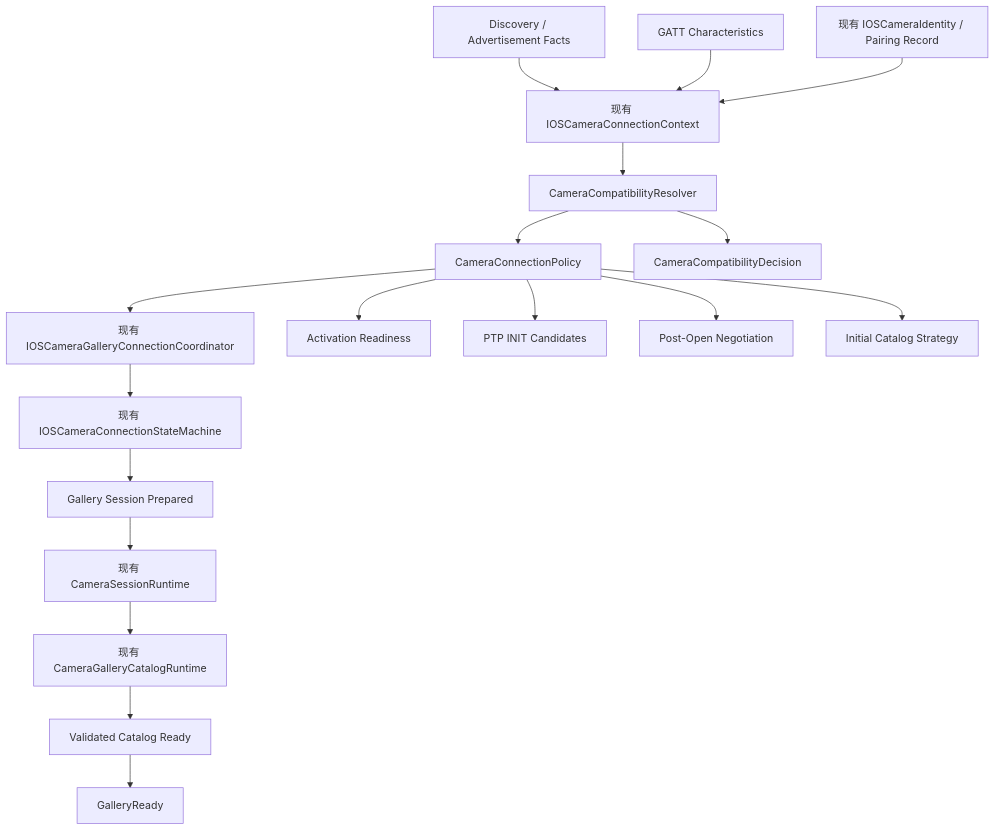
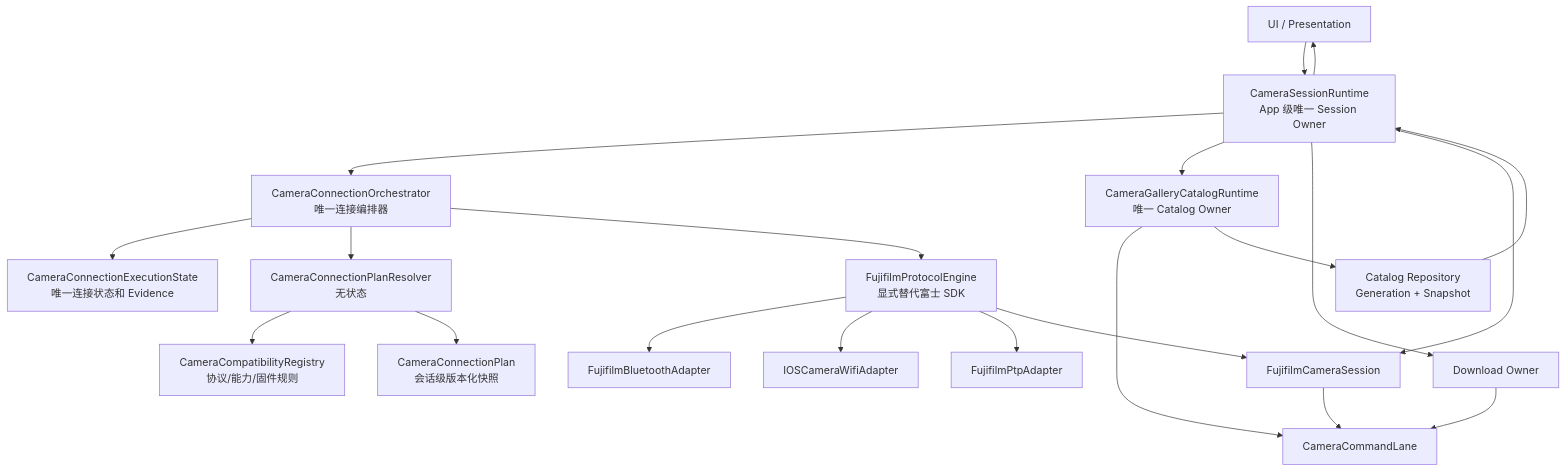
One commit to popo-wowo/camTransfer changed the second of 4 diagrams in docs/superpowers/specs/2026-08-06-ios-xapp-multimodel-compatibility-architecture-design.md. Above: the diagram before and after it, drawn with Mermaid. The commit also changed other lines of this file, not shown here.

Commit message:
docs: finalize iOS multimodel compatibility architecture

```diff
--- a/docs/superpowers/specs/2026-08-06-ios-xapp-multimodel-compatibility-architecture-design.md
+++ b/docs/superpowers/specs/2026-08-06-ios-xapp-multimodel-compatibility-architecture-design.md
@@ -224,24 +305,28 @@
 ~~~mermaid
 flowchart TD
-    Discovery["Discovery / Advertisement Facts"] --> Context["现有 IOSCameraConnectionContext"]
-    GATT["GATT Characteristics"] --> Context
-    Identity["现有 IOSCameraIdentity / Pairing Record"] --> Context
+    UI["UI / Presentation"] --> Runtime["CameraSessionRuntime<br/>App 级唯一 Session Owner"]
 
-    Context --> Resolver["CameraCompatibilityResolver"]
-    Resolver --> Policy["CameraConnectionPolicy"]
-    Resolver --> Trace["CameraCompatibilityDecision"]
+    Runtime --> Orchestrator["CameraConnectionOrchestrator<br/>唯一连接编排器"]
+    Runtime --> Catalog["CameraGalleryCatalogRuntime<br/>唯一 Catalog Owner"]
+    Runtime --> Download["Download Owner"]
 
-    Policy --> Coordinator["现有 IOSCameraGalleryConnectionCoordinator"]
-    Coordinator --> StateMachine["现有 IOSCameraConnectionStateMachine"]
+    Orchestrator --> ExecState["CameraConnectionExecutionState<br/>唯一连接状态和 Evidence"]
+    Orchestrator --> Resolver["CameraConnectionPlanResolver<br/>无状态"]
+    Resolver --> Registry["CameraCompatibilityRegistry<br/>协议/能力/固件规则"]
+    Resolver --> Plan["CameraConnectionPlan<br/>会话级版本化快照"]
 
-    Policy --> Activation["Activation Readiness"]
-    Policy --> Init["PTP INIT Candidates"]
-    Policy --> Negotiation["Post-Open Negotiation"]
-    Policy --> CatalogStrategy["Initial Catalog Strategy"]
+    Orchestrator --> Engine["FujifilmProtocolEngine<br/>显式替代富士 SDK"]
+    Engine --> BLE["FujifilmBluetoothAdapter"]
+    Engine --> WiFi["IOSCameraWifiAdapter"]
+    Engine --> PTP["FujifilmPtpAdapter"]
 
-    StateMachine --> Prepared["Gallery Session Prepared"]
-    Prepared --> Runtime["现有 CameraSessionRuntime"]
-    Runtime --> Catalog["现有 CameraGalleryCatalogRuntime"]
-    Catalog --> Ready["Validated Catalog Ready"]
-    Ready --> GalleryReady["GalleryReady"]
+    Engine --> Session["FujifilmCameraSession"]
+    Runtime --> Session
+    Session --> Lane["CameraCommandLane"]
+
+    Catalog --> Lane
+    Download --> Lane
+    Catalog --> Repository["Catalog Repository<br/>Generation + Snapshot"]
+    Repository --> Runtime
+    Runtime --> UI
 ~~~
```
